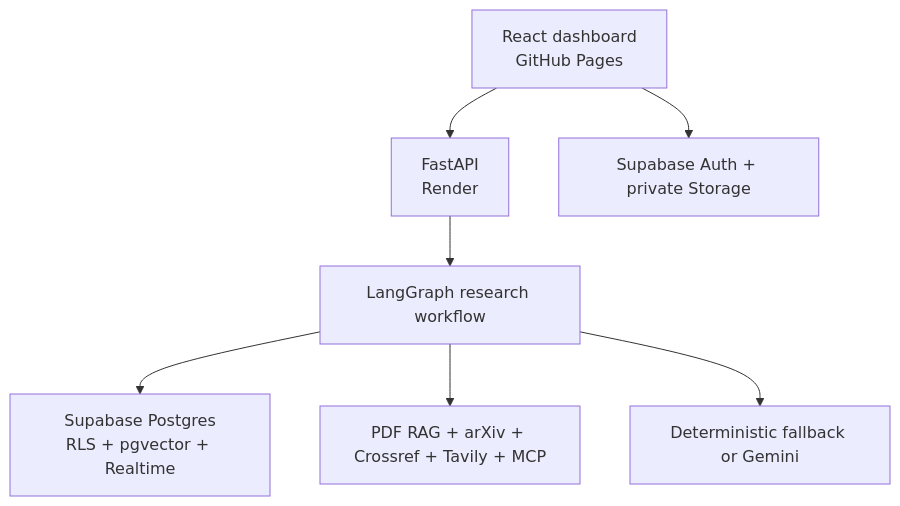
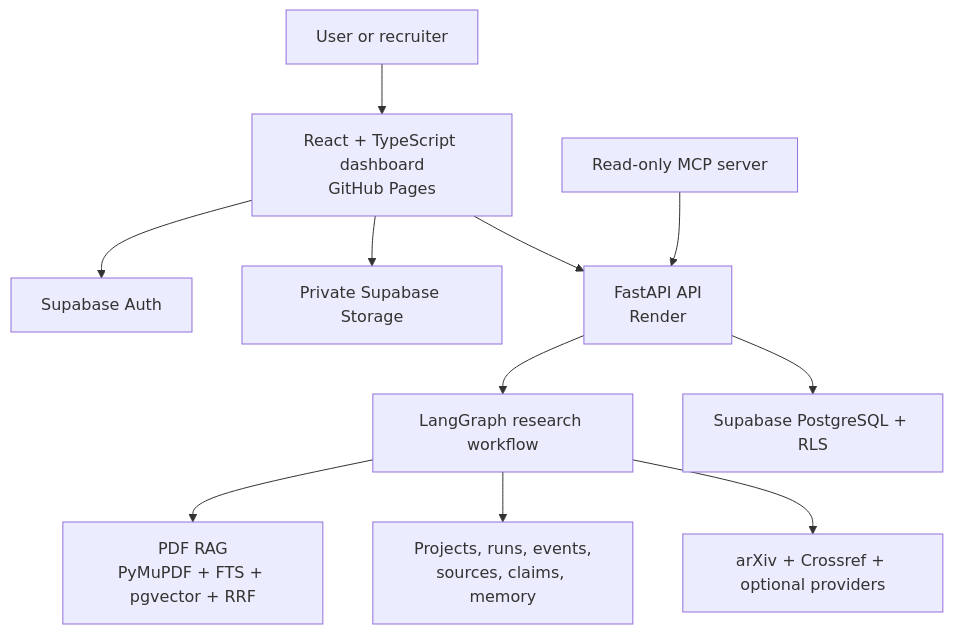
One commit to Huzaifa-170504/evidencepilot-ai changed the first of 2 diagrams in FINAL_DOCUMENTATION.md. Above: the diagram before and after it, drawn with Mermaid. The commit also changed other lines of this file and 12 other files, not shown here.

````diff
--- a/FINAL_DOCUMENTATION.md
+++ b/FINAL_DOCUMENTATION.md
@@ -30,9 +96,13 @@
 ```mermaid
 flowchart TD
-    UI["React dashboard<br/>GitHub Pages"] --> API["FastAPI<br/>Render"]
-    UI --> AUTH["Supabase Auth + private Storage"]
+    USER["User or recruiter"] --> WEB["React + TypeScript dashboard<br/>GitHub Pages"]
+    WEB --> AUTH["Supabase Auth"]
+    WEB --> STORAGE["Private Supabase Storage"]
+    WEB --> API["FastAPI API<br/>Render"]
     API --> GRAPH["LangGraph research workflow"]
-    GRAPH --> DB["Supabase Postgres<br/>RLS + pgvector + Realtime"]
-    GRAPH --> TOOLS["PDF RAG + arXiv + Crossref + Tavily + MCP"]
-    GRAPH --> MODELS["Deterministic fallback or Gemini"]
+    GRAPH --> RAG["PDF RAG<br/>PyMuPDF + FTS + pgvector + RRF"]
+    GRAPH --> LEDGER["Projects, runs, events,<br/>sources, claims, memory"]
+    GRAPH --> TOOLS["arXiv + Crossref + optional providers"]
+    MCP["Read-only MCP server"] --> API
+    API --> DB["Supabase PostgreSQL + RLS"]
 ```
````
